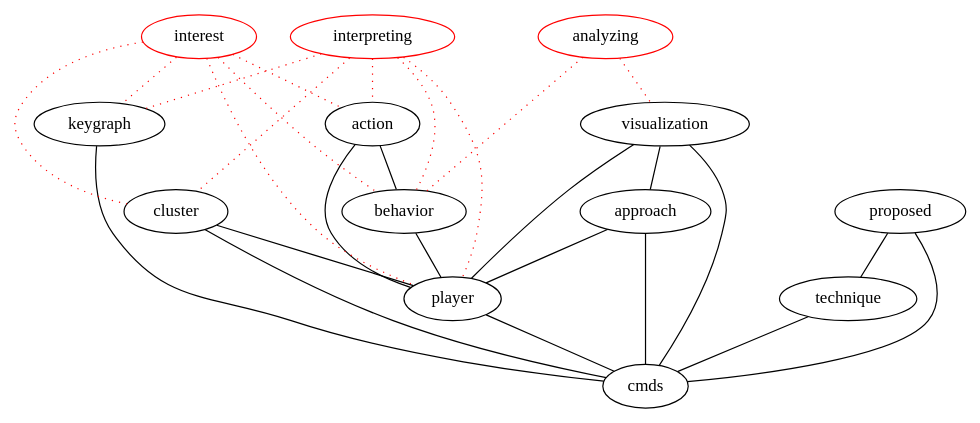
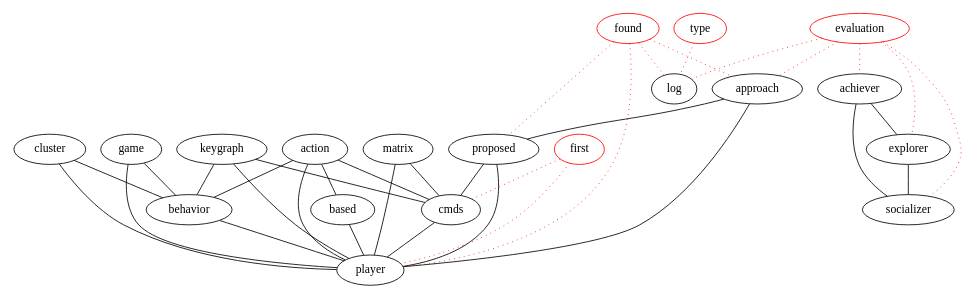
One commit to michaelweiss/keygraph changed the diagram in dot/abstract.dot. Above: the diagram before and after it, drawn with Graphviz. The commit also changed 9 other files, not shown here.

Commit message:
prune graph (initial)

```diff
--- a/dot/abstract.dot
+++ b/dot/abstract.dot
@@ -1,43 +1,56 @@
 graph keygraph {
 graph [size="10,10"]
+keygraph [color="black"]
+explorer [color="black"]
+matrix [color="black"]
+socializer [color="black"]
+player [color="black"]
 cluster [color="black"]
+based [color="black"]
+behavior [color="black"]
+achiever [color="black"]
+proposed [color="black"]
 approach [color="black"]
-keygraph [color="black"]
+cmds [color="black"]
+game [color="black"]
 action [color="black"]
-player [color="black"]
-technique [color="black"]
-behavior [color="black"]
-cmds [color="black"]
-visualization [color="black"]
-proposed [color="black"]
-interest [color="red"]
-analyzing [color="red"]
-interpreting [color="red"]
+type [color="red"]
+found [color="red"]
+evaluation [color="red"]
+first [color="red"]
+approach--proposed
+keygraph--behavior
 keygraph--cmds
-cluster--cmds
-visualization--player
-visualization--cmds
+keygraph--player
+matrix--cmds
+matrix--player
+proposed--cmds
+proposed--player
+cluster--behavior
+action--based
+action--cmds
+game--behavior
+achiever--explorer
+achiever--socializer
+explorer--socializer
 approach--player
-approach--cmds
-player--cmds
 action--behavior
+cluster--player
+based--player
 action--player
+game--player
+cmds--player
 behavior--player
-proposed--technique
-proposed--cmds
-technique--cmds
-cluster--player
-visualization--approach
-analyzing--behavior [color="red", style="dotted"]
-analyzing--visualization [color="red", style="dotted"]
-interpreting--cluster [color="red", style="dotted"]
-interpreting--keygraph [color="red", style="dotted"]
-interpreting--action [color="red", style="dotted"]
-interpreting--player [color="red", style="dotted"]
-interpreting--behavior [color="red", style="dotted"]
-interest--cluster [color="red", style="dotted"]
-interest--keygraph [color="red", style="dotted"]
-interest--action [color="red", style="dotted"]
-interest--player [color="red", style="dotted"]
-interest--behavior [color="red", style="dotted"]
+found--proposed [color="red", style="dotted"]
+found--player [color="red", style="dotted"]
+evaluation--achiever [color="red", style="dotted"]
+evaluation--approach [color="red", style="dotted"]
+evaluation--log [color="red", style="dotted"]
+evaluation--explorer [color="red", style="dotted"]
+evaluation--socializer [color="red", style="dotted"]
+first--cmds [color="red", style="dotted"]
+first--player [color="red", style="dotted"]
+type--log [color="red", style="dotted"]
+found--approach [color="red", style="dotted"]
+found--log [color="red", style="dotted"]
 }
```
